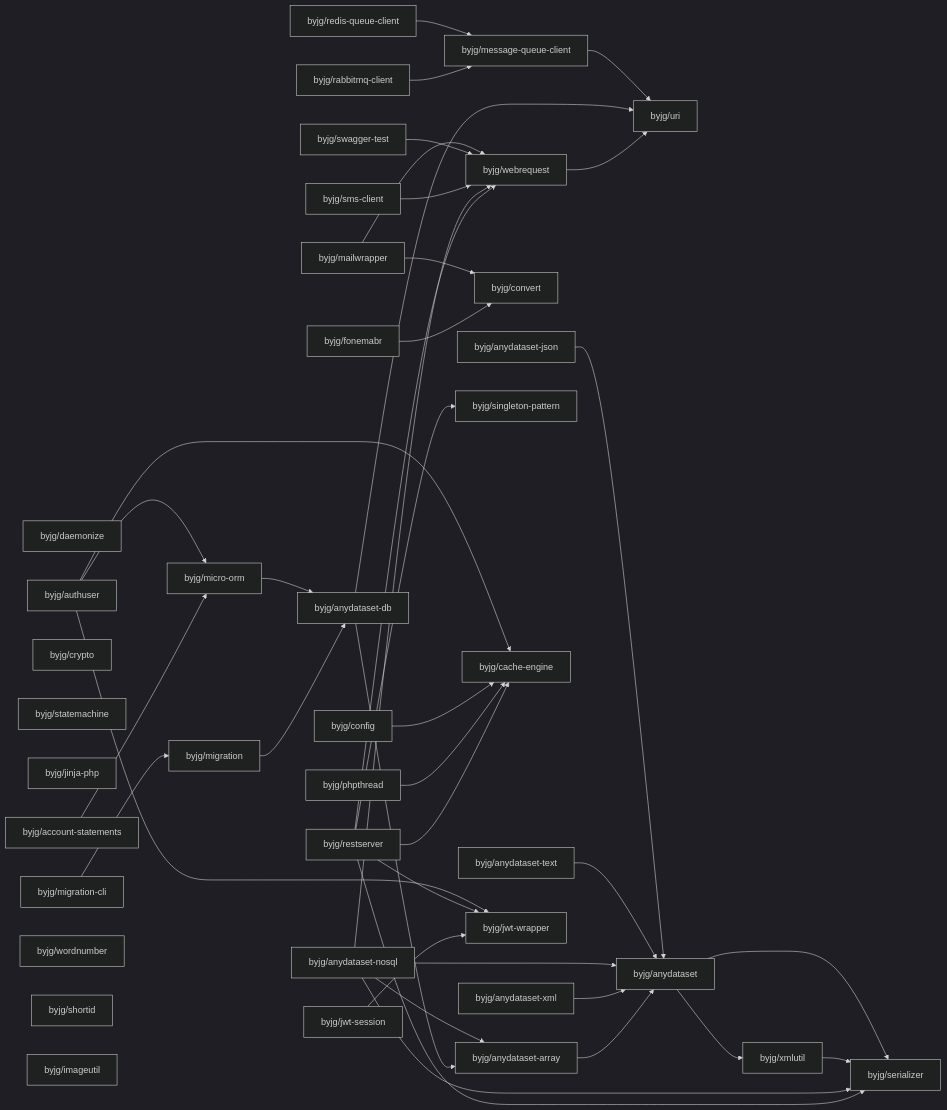
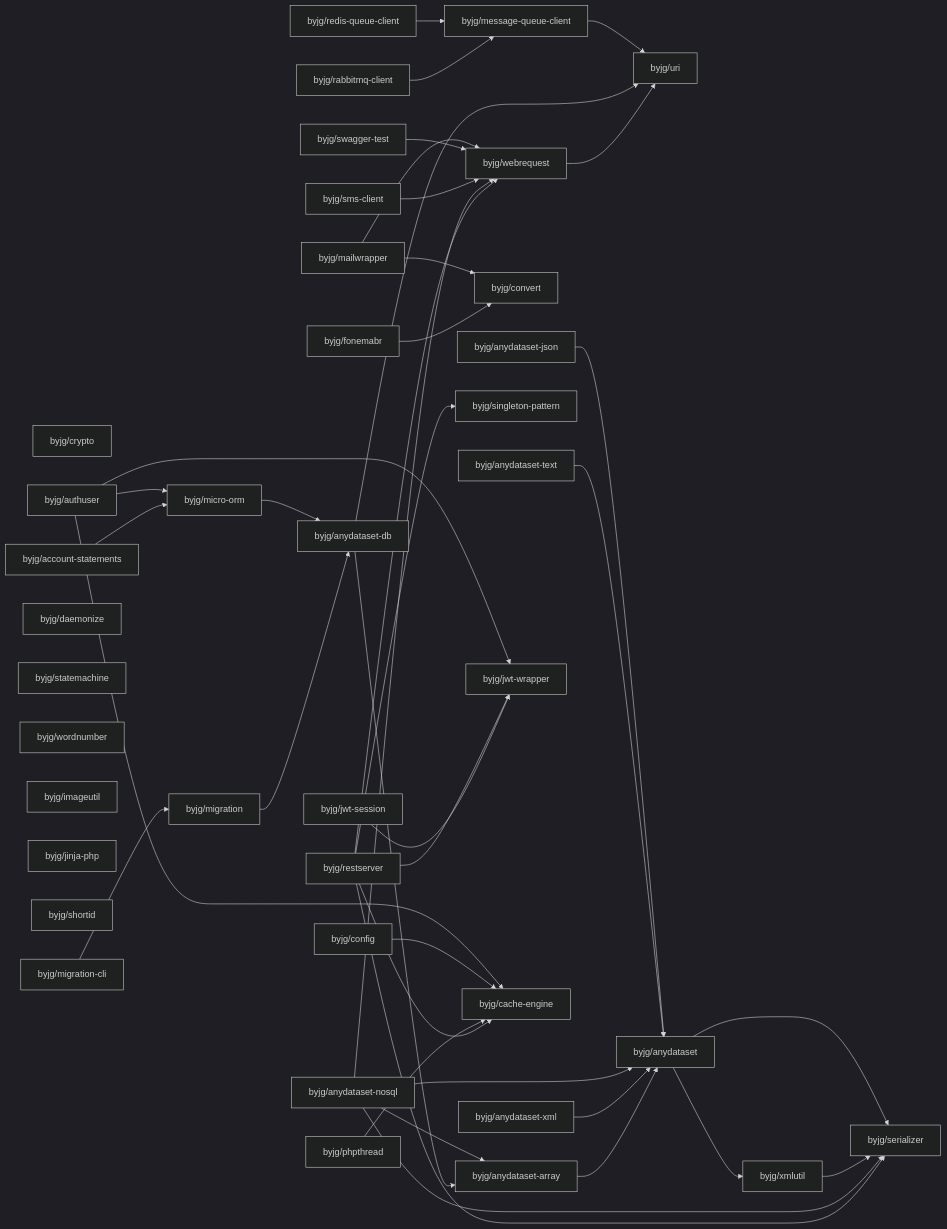
Before and after one commit to byjg/byjg.github.io: the diagram in docs/php/README.md, drawn with Mermaid (dark theme). The commit also changed other lines of this file, not shown here.

Commit message:
Update documentation 'php' 'php-shortid'

````diff
--- a/docs/php/README.md
+++ b/docs/php/README.md
@@ -3,78 +3,78 @@
 ```mermaid
 graph LR;
-  byjg/anydataset-text;
+  byjg/crypto;
+  byjg/mailwrapper;
+  byjg/phpthread;
+  byjg/account-statements;
+  byjg/authuser;
   byjg/daemonize;
+  byjg/statemachine;
+  byjg/anydataset-xml;
   byjg/anydataset-nosql;
+  byjg/fonemabr;
+  byjg/wordnumber;
+  byjg/imageutil;
   byjg/swagger-test;
-  byjg/config;
-  byjg/anydataset-json;
+  byjg/jwt-session;
+  byjg/jinja-php;
+  byjg/shortid;
   byjg/sms-client;
-  byjg/jwt-session;
-  byjg/authuser;
-  byjg/phpthread;
-  byjg/fonemabr;
-  byjg/crypto;
-  byjg/statemachine;
-  byjg/jinja-php;
-  byjg/mailwrapper;
-  byjg/account-statements;
-  byjg/migration-cli;
-  byjg/wordnumber;
   byjg/rabbitmq-client;
   byjg/redis-queue-client;
-  byjg/anydataset-xml;
+  byjg/anydataset-text;
   byjg/restserver;
-  byjg/shortid;
-  byjg/imageutil;
+  byjg/anydataset-json;
+  byjg/migration-cli;
+  byjg/config;
+  byjg/micro-orm;
   byjg/convert;
-  byjg/micro-orm;
-  byjg/migration;
   byjg/message-queue-client;
   byjg/singleton-pattern;
-  byjg/cache-engine;
   byjg/webrequest;
   byjg/jwt-wrapper;
+  byjg/migration;
+  byjg/cache-engine;
   byjg/anydataset-db;
   byjg/anydataset-array;
   byjg/uri;
   byjg/anydataset;
   byjg/xmlutil;
   byjg/serializer;
   byjg/account-statements --> byjg/micro-orm;
   byjg/fonemabr --> byjg/convert;
   byjg/webrequest --> byjg/uri;
   byjg/anydataset-array --> byjg/anydataset;
   byjg/anydataset-xml --> byjg/anydataset;
   byjg/rabbitmq-client --> byjg/message-queue-client;
   byjg/redis-queue-client --> byjg/message-queue-client;
   byjg/jwt-session --> byjg/jwt-wrapper;
   byjg/anydataset-db --> byjg/anydataset-array;
   byjg/anydataset-db --> byjg/uri;
   byjg/restserver --> byjg/serializer;
   byjg/restserver --> byjg/singleton-pattern;
   byjg/restserver --> byjg/cache-engine;
   byjg/restserver --> byjg/webrequest;
   byjg/restserver --> byjg/jwt-wrapper;
   byjg/migration --> byjg/anydataset-db;
   byjg/anydataset-nosql --> byjg/anydataset;
   byjg/anydataset-nosql --> byjg/anydataset-array;
   byjg/anydataset-nosql --> byjg/serializer;
   byjg/anydataset-nosql --> byjg/webrequest;
   byjg/phpthread --> byjg/cache-engine;
   byjg/sms-client --> byjg/webrequest;
   byjg/swagger-test --> byjg/webrequest;
   byjg/migration-cli --> byjg/migration;
   byjg/config --> byjg/cache-engine;
   byjg/anydataset-text --> byjg/anydataset;
   byjg/micro-orm --> byjg/anydataset-db;
   byjg/authuser --> byjg/micro-orm;
   byjg/authuser --> byjg/cache-engine;
   byjg/authuser --> byjg/jwt-wrapper;
   byjg/anydataset-json --> byjg/anydataset;
   byjg/mailwrapper --> byjg/convert;
   byjg/mailwrapper --> byjg/webrequest;
   byjg/xmlutil --> byjg/serializer;
   byjg/anydataset --> byjg/serializer;
   byjg/anydataset --> byjg/xmlutil;
   byjg/message-queue-client --> byjg/uri;
 ```
````
